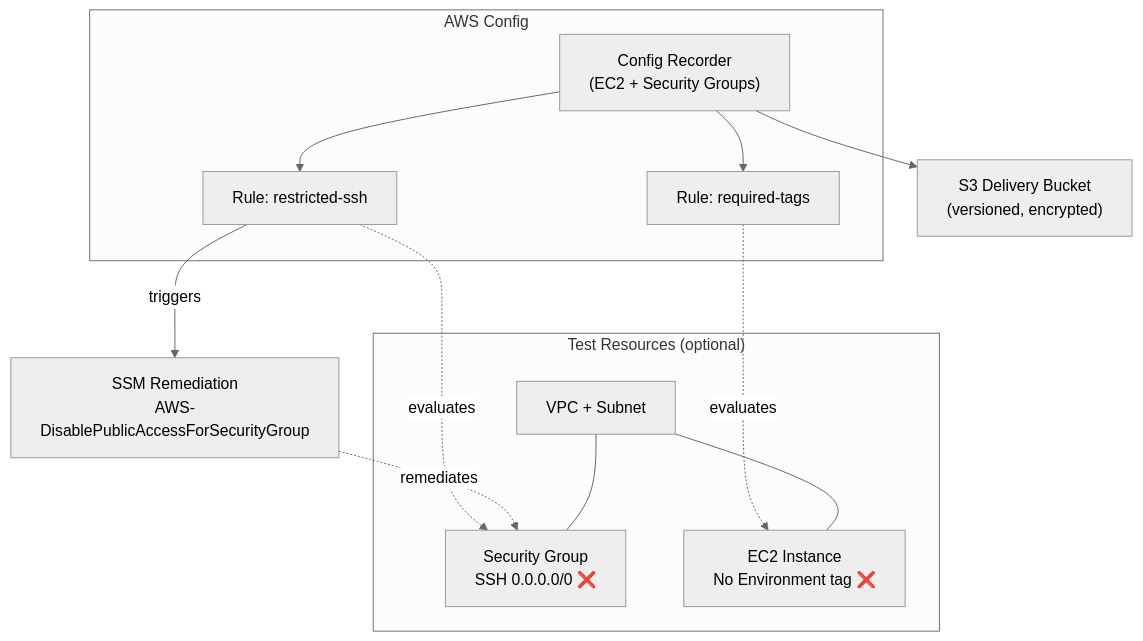
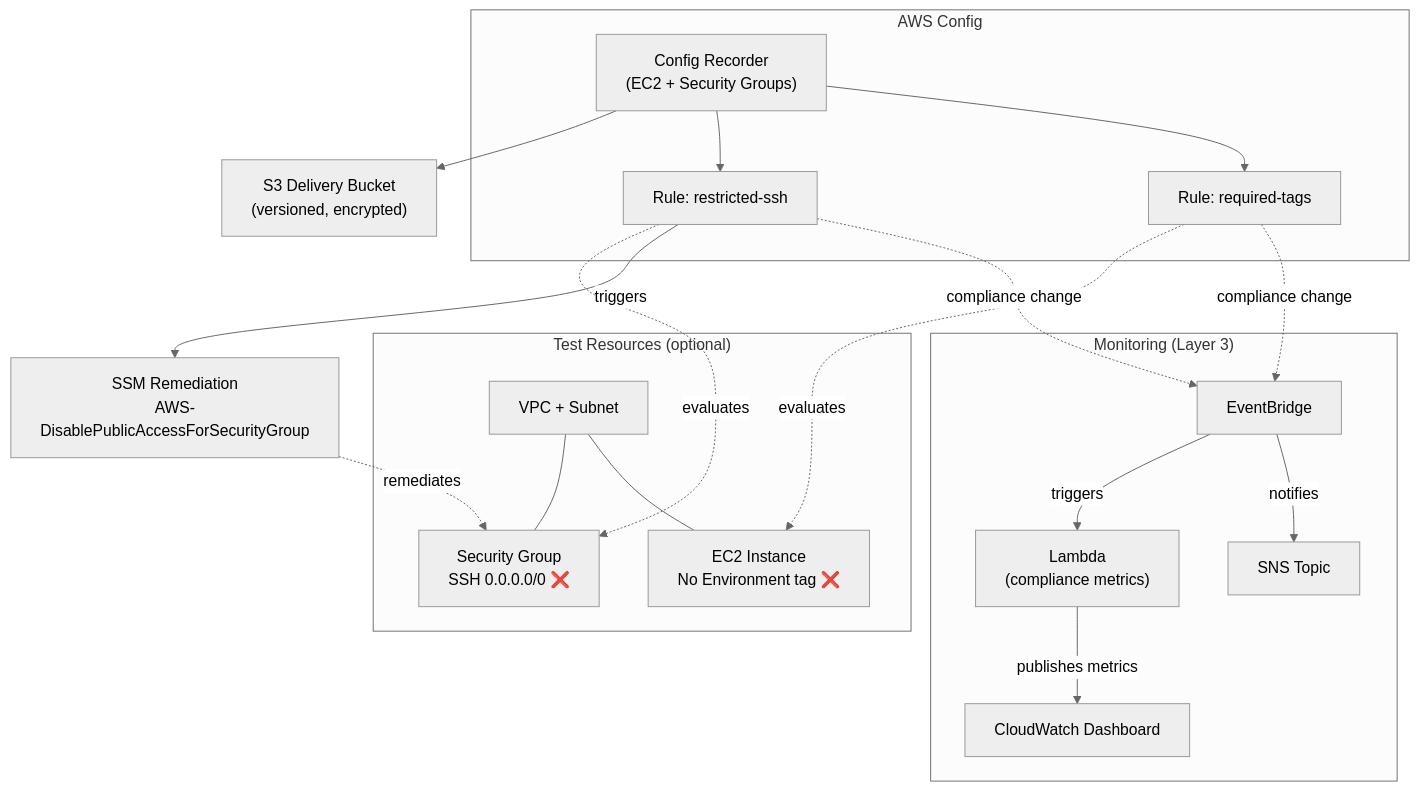
Before and after one commit to prasitstk/aws-security-hardening-labs: the diagram in labs/01-config-rules-compliance-baseline/README.md, drawn with Mermaid (neutral theme). The commit also changed other lines of this file and 34 other files, not shown here.

````diff
--- a/labs/01-config-rules-compliance-baseline/README.md
+++ b/labs/01-config-rules-compliance-baseline/README.md
@@ -14,27 +14,39 @@
 ```mermaid
 flowchart TB
     subgraph Config["AWS Config"]
         Recorder["Config Recorder<br/>(EC2 + Security Groups)"]
         RuleSSH["Rule: restricted-ssh"]
         RuleTags["Rule: required-tags"]
     end
 
     S3["S3 Delivery Bucket<br/>(versioned, encrypted)"]
     SSM["SSM Remediation<br/>AWS-DisablePublicAccessForSecurityGroup"]
 
     subgraph Test["Test Resources (optional)"]
         SG["Security Group<br/>SSH 0.0.0.0/0 ❌"]
         EC2["EC2 Instance<br/>No Environment tag ❌"]
         VPC["VPC + Subnet"]
     end
 
+    subgraph Monitoring["Monitoring (Layer 3)"]
+        EB["EventBridge"]
+        MetricsLambda["Lambda<br/>(compliance metrics)"]
+        CW["CloudWatch Dashboard"]
+        SNS["SNS Topic"]
+    end
+
     Recorder --> S3
     Recorder --> RuleSSH
     Recorder --> RuleTags
     RuleSSH -.->|evaluates| SG
     RuleSSH -->|triggers| SSM
     SSM -.->|remediates| SG
     RuleTags -.->|evaluates| EC2
     VPC --- SG
     VPC --- EC2
+    RuleSSH -.->|compliance change| EB
+    RuleTags -.->|compliance change| EB
+    EB -->|triggers| MetricsLambda
+    MetricsLambda -->|publishes metrics| CW
+    EB -->|notifies| SNS
 ```
````
